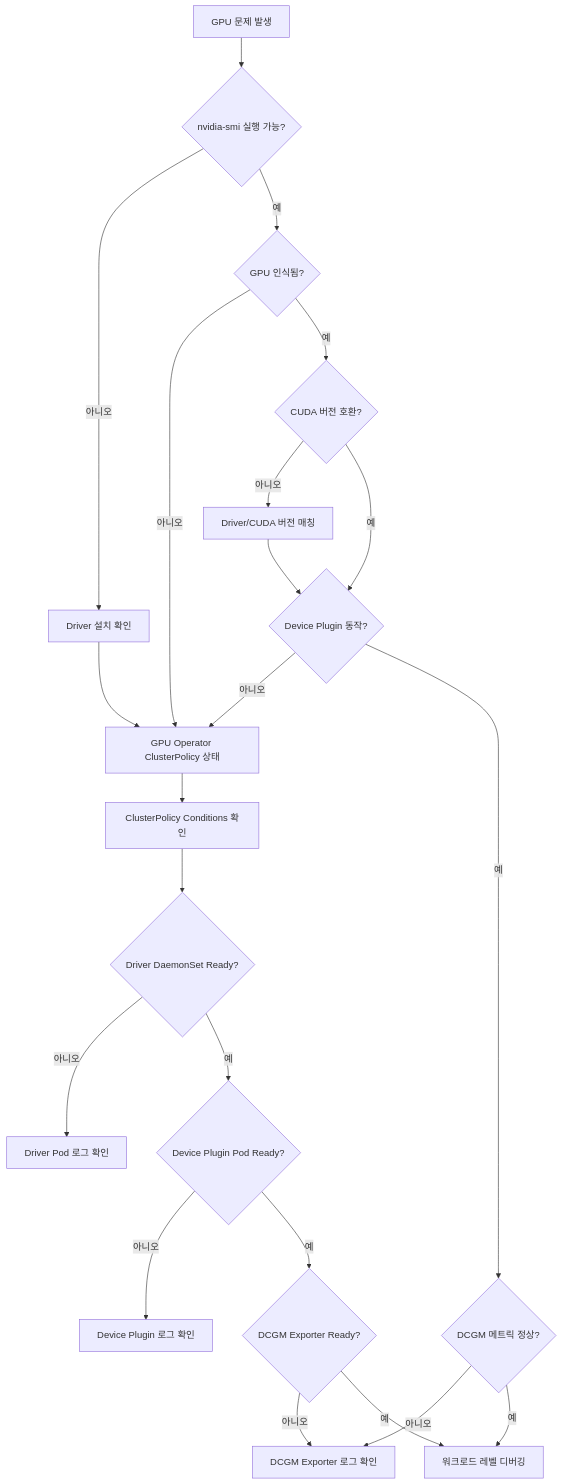
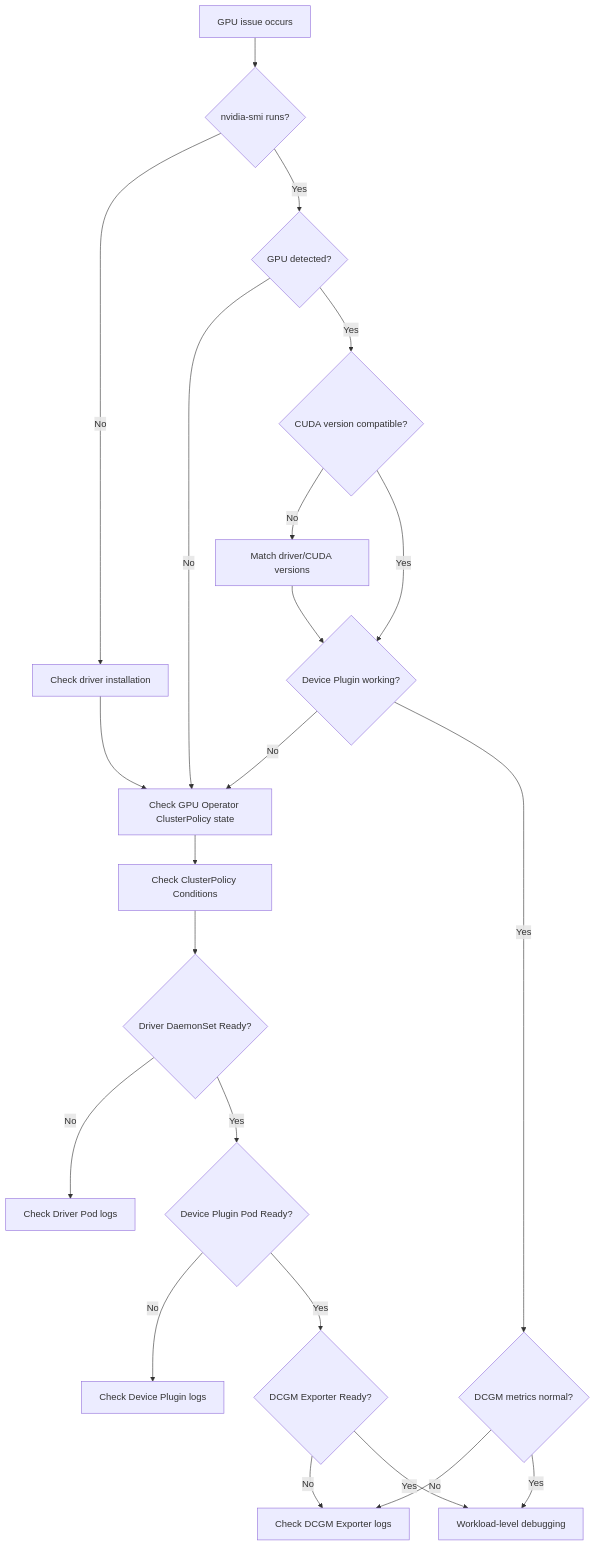
The diagram in docs/eks-best-practices/operations-reliability/eks-debugging/gpu-ai-workload.md (devfloor9/engineering-playbook), drawn with Mermaid before and after one commit. The commit also changed other lines of this file and 954 other files, not shown here.

````diff
--- a/docs/eks-best-practices/operations-reliability/eks-debugging/gpu-ai-workload.md
+++ b/docs/eks-best-practices/operations-reliability/eks-debugging/gpu-ai-workload.md
@@ -33,24 +33,24 @@
 ```mermaid
 flowchart TD
-    A[GPU 문제 발생] --> B{nvidia-smi 실행 가능?}
-    B -->|아니오| C[Driver 설치 확인]
-    B -->|예| D{GPU 인식됨?}
-    C --> E[GPU Operator ClusterPolicy 상태]
-    D -->|아니오| E
-    D -->|예| F{CUDA 버전 호환?}
-    F -->|아니오| G[Driver/CUDA 버전 매칭]
-    F -->|예| H{Device Plugin 동작?}
+    A[GPU issue occurs] --> B{nvidia-smi runs?}
+    B -->|No| C[Check driver installation]
+    B -->|Yes| D{GPU detected?}
+    C --> E[Check GPU Operator ClusterPolicy state]
+    D -->|No| E
+    D -->|Yes| F{CUDA version compatible?}
+    F -->|No| G[Match driver/CUDA versions]
+    F -->|Yes| H{Device Plugin working?}
     G --> H
-    H -->|아니오| E
-    H -->|예| I{DCGM 메트릭 정상?}
-    E --> J[ClusterPolicy Conditions 확인]
-    I -->|아니오| K[DCGM Exporter 로그 확인]
-    I -->|예| L[워크로드 레벨 디버깅]
+    H -->|No| E
+    H -->|Yes| I{DCGM metrics normal?}
+    E --> J[Check ClusterPolicy Conditions]
+    I -->|No| K[Check DCGM Exporter logs]
+    I -->|Yes| L[Workload-level debugging]
     J --> M{Driver DaemonSet Ready?}
-    M -->|아니오| N[Driver Pod 로그 확인]
-    M -->|예| O{Device Plugin Pod Ready?}
-    O -->|아니오| P[Device Plugin 로그 확인]
-    O -->|예| Q{DCGM Exporter Ready?}
-    Q -->|아니오| K
-    Q -->|예| L
+    M -->|No| N[Check Driver Pod logs]
+    M -->|Yes| O{Device Plugin Pod Ready?}
+    O -->|No| P[Check Device Plugin logs]
+    O -->|Yes| Q{DCGM Exporter Ready?}
+    Q -->|No| K
+    Q -->|Yes| L
 ```
````
